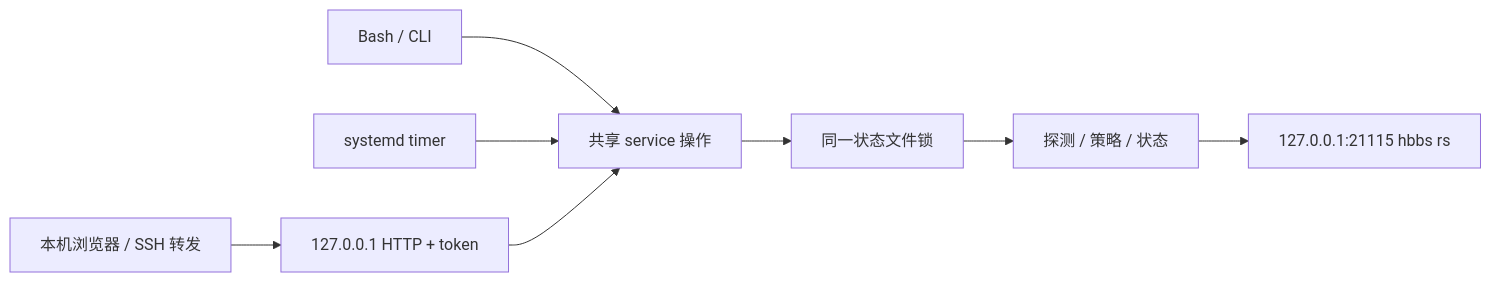
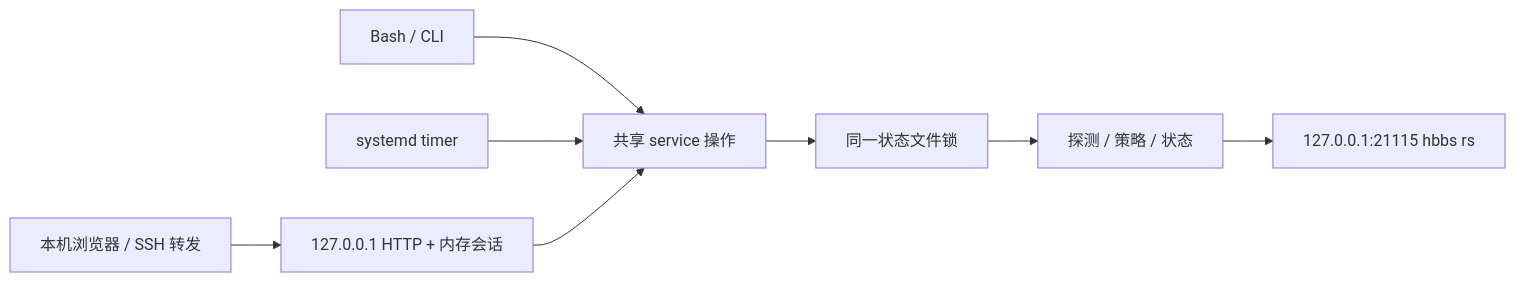
The diagram in docs/WebUI方案.md (QianziTech/rustdesk-relay-helper), drawn with Mermaid before and after one commit. The commit also changed other lines of this file and 8 other files, not shown here.

````diff
--- a/docs/WebUI方案.md
+++ b/docs/WebUI方案.md
@@ -11,10 +13,10 @@
 ```mermaid
 flowchart LR
     B[Bash / CLI] --> S[共享 service 操作]
     T[systemd timer] --> S
-    W[本机浏览器 / SSH 转发] --> H[127.0.0.1 HTTP + token]
+    W[本机浏览器 / SSH 转发] --> H[127.0.0.1 HTTP + 内存会话]
     H --> S
     S --> L[同一状态文件锁]
     L --> P[探测 / 策略 / 状态]
     P --> R[127.0.0.1:21115 hbbs rs]
 ```
````
